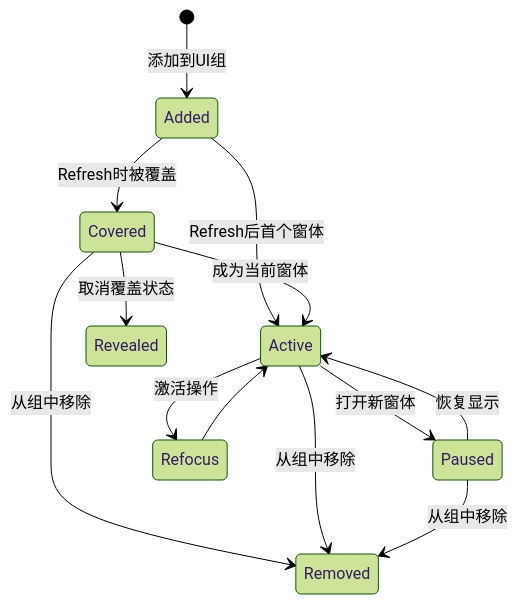
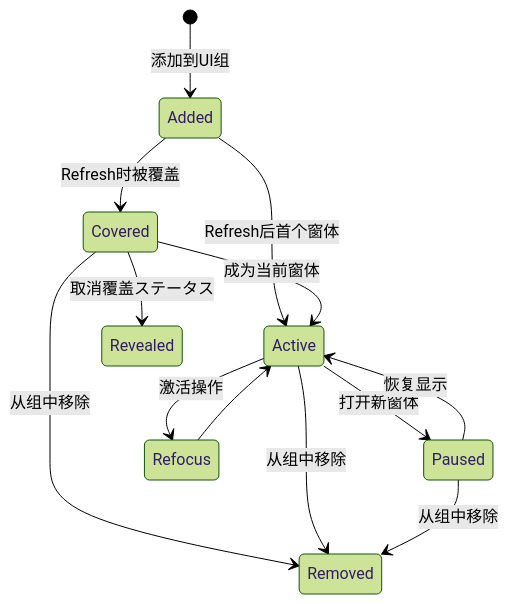
One commit to AlianBlank/GameFrameX.Docs changed the second of 4 diagrams in docs/ja/client/unity/component/ui/07.ui-group.md. Above: the diagram before and after it, drawn with Mermaid (forest theme). The commit also changed other lines of this file and 603 other files, not shown here.

````diff
--- a/docs/ja/client/unity/component/ui/07.ui-group.md
+++ b/docs/ja/client/unity/component/ui/07.ui-group.md
@@ -154,20 +154,20 @@
 ```mermaid
 stateDiagram-v2
     [*] --> Added: 添加到UI组
     
     Added --> Active: Refresh后首个窗体
     Added --> Covered: Refresh时被覆盖
     
     Covered --> Active: 成为当前窗体
-    Covered --> Revealed: 取消覆盖状态
+    Covered --> Revealed: 取消覆盖ステータス
     
     Active --> Paused: 打开新窗体
     Paused --> Active: 恢复显示
     
     Active --> Refocus: 激活操作
     Refocus --> Active
     
     Covered --> Removed: 从组中移除
     Active --> Removed: 从组中移除
     Paused --> Removed: 从组中移除
 ```
````
